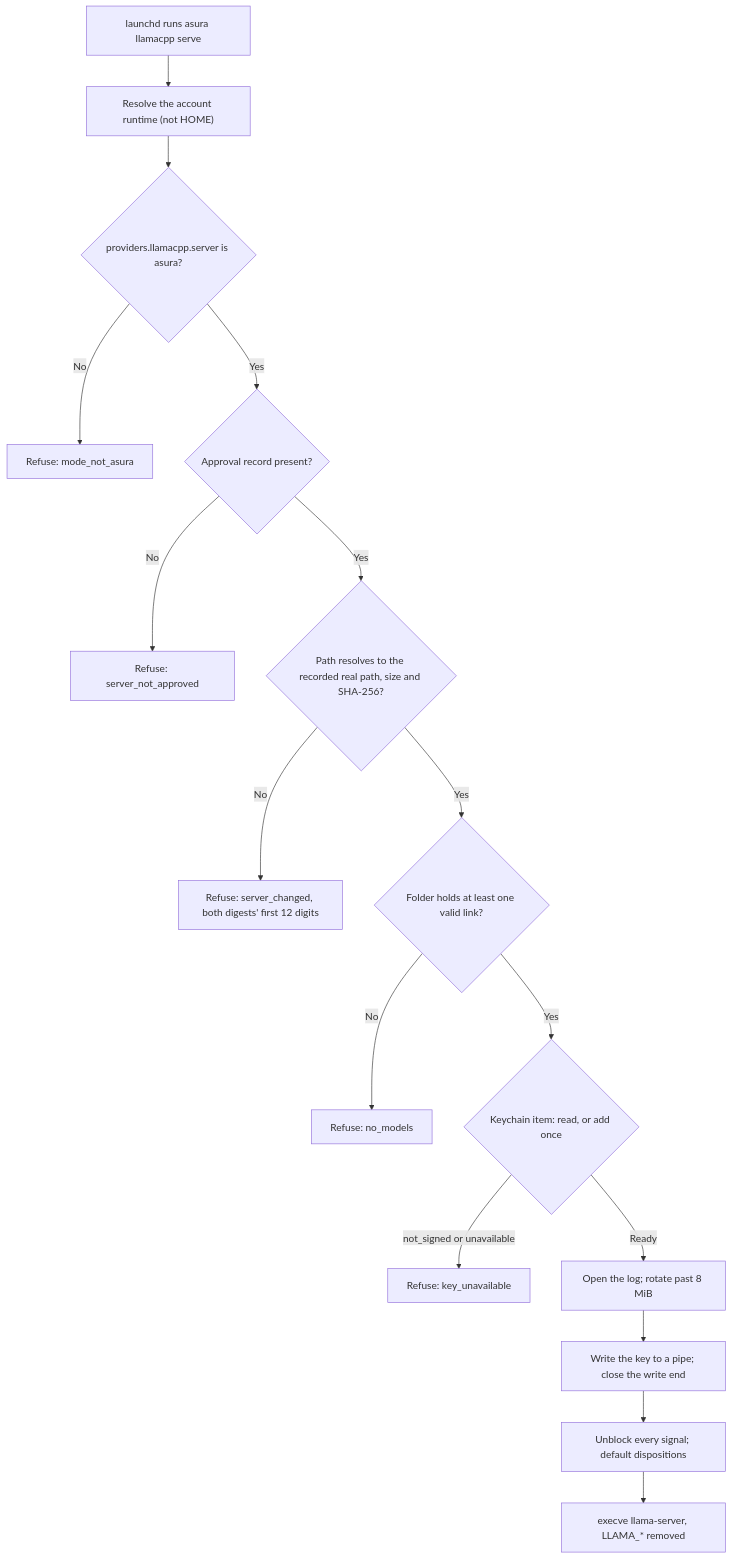
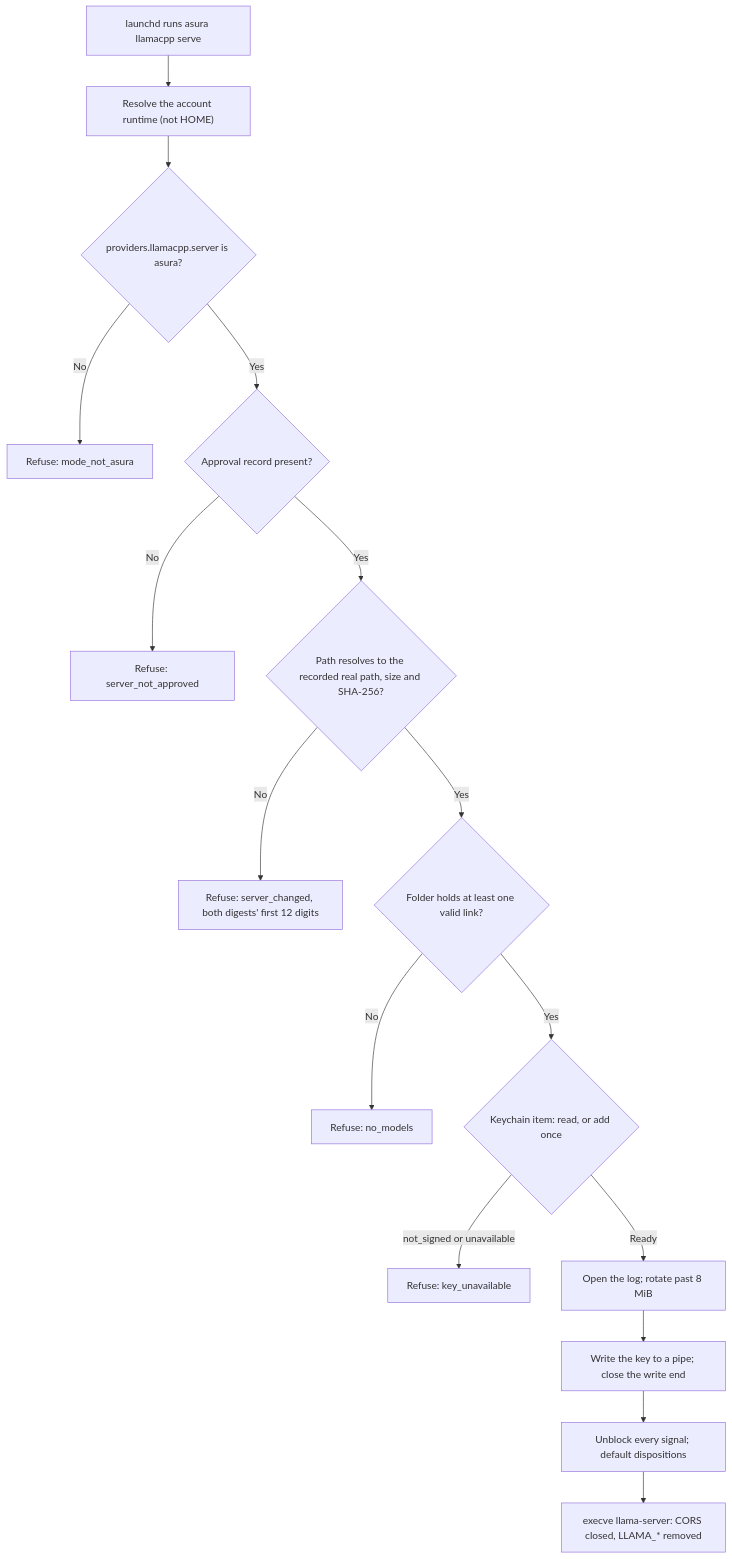
One commit to pidster/asura changed the fourth of 8 diagrams in docs/designs/llamacpp-backend.md. Above: the diagram before and after it, drawn with Mermaid. The commit also changed other lines of this file and 2 other files, not shown here.

First line of the commit message:
Design llama.cpp tools on every server and closed CORS

````diff
--- a/docs/designs/llamacpp-backend.md
+++ b/docs/designs/llamacpp-backend.md
@@ -392,18 +421,18 @@
 ```mermaid
 flowchart TD
     Start["launchd runs asura llamacpp serve"] --> Home["Resolve the account runtime (not HOME)"]
     Home --> Cfg{"providers.llamacpp.server is asura?"}
     Cfg -->|No| R1["Refuse: mode_not_asura"]
     Cfg -->|Yes| Appr{"Approval record present?"}
     Appr -->|No| R2["Refuse: server_not_approved"]
     Appr -->|Yes| Bin{"Path resolves to the recorded real path, size and SHA-256?"}
     Bin -->|No| R3["Refuse: server_changed, both digests' first 12 digits"]
     Bin -->|Yes| Models{"Folder holds at least one valid link?"}
     Models -->|No| R4["Refuse: no_models"]
     Models -->|Yes| Key{"Keychain item: read, or add once"}
     Key -->|"not_signed or unavailable"| R5["Refuse: key_unavailable"]
     Key -->|Ready| Log["Open the log; rotate past 8 MiB"]
     Log --> Pipe["Write the key to a pipe; close the write end"]
     Pipe --> Sig["Unblock every signal; default dispositions"]
-    Sig --> Exec["execve llama-server, LLAMA_* removed"]
+    Sig --> Exec["execve llama-server: CORS closed, LLAMA_* removed"]
 ```
````
